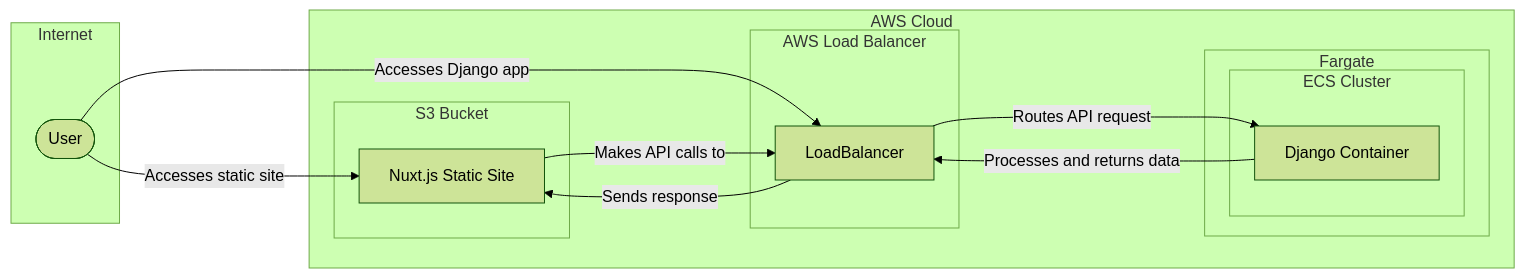
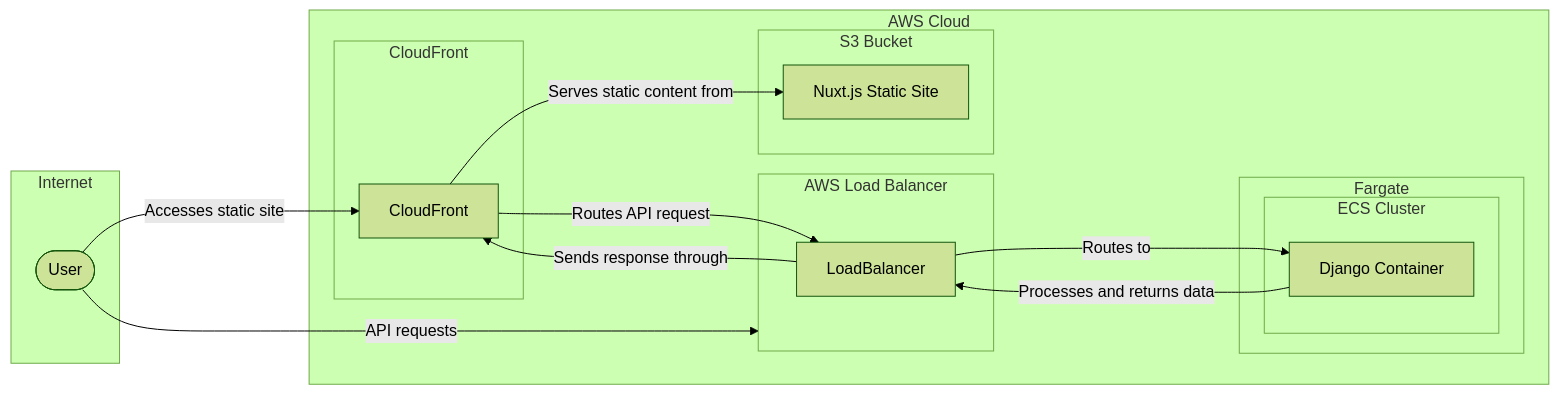
One commit to lguibr/number2word changed the diagram in infra/README.md. Above: the diagram before and after it, drawn with Mermaid (forest theme). The commit also changed other lines of this file and 2 other files, not shown here.

Commit message:
feat(infra): Integrate CloudFront for static content delivery and API routing
* Add CloudFront Distribution to UiAppDeploymentStack
  - Configure default behavior to serve static content from S3 origin
  - Set viewer protocol policy to redirect to HTTPS
  - Allow GET, HEAD, and OPTIONS methods
  - Enable compression for better performance
* Update README with details on CloudFront integration
  - Explain how CloudFront serves static files and routes API requests
  - Include CloudFront in the infrastructure diagram
  - Provide CloudFront URL as stack output

The addition of AWS CloudFront optimizes the delivery of static content from S3 and efficiently manages API requests by routing them to the backend load balancer. This enhancement improves the performance, scalability, and user experience of the Trellis-Law project.

````diff
--- a/infra/README.md
+++ b/infra/README.md
@@ -7,31 +11,37 @@
 ```mermaid
 graph LR
     subgraph Internet
         User([User])
     end
 
     subgraph AWS Cloud
         subgraph ELB [AWS Load Balancer]
             LoadBalancer
         end
 
         subgraph Fargate [Fargate]
             subgraph ECS [ECS Cluster]
                 Django[Django Container]
             end
         end
 
         subgraph S3 [S3 Bucket]
             NuxtJS[Nuxt.js Static Site]
         end
+
+        subgraph CF [CloudFront]
+            CloudFront
+        end
     end
 
-    User -->|Accesses static site| NuxtJS
-    User -->|Accesses Django app| LoadBalancer
-    LoadBalancer -->|Routes API request| Django
-    NuxtJS -->|Makes API calls to| LoadBalancer
+    User -->|Accesses static site| CloudFront
+    User -->|API requests| ELB
+    CloudFront -->|Serves static content from| NuxtJS
+    CloudFront -->|Routes API request| LoadBalancer
+    LoadBalancer -->|Routes to| Django
     Django -->|Processes and returns data| LoadBalancer
-    LoadBalancer -->|Sends response| NuxtJS
+    LoadBalancer -->|Sends response through| CloudFront
+
 
 
 ```
````
